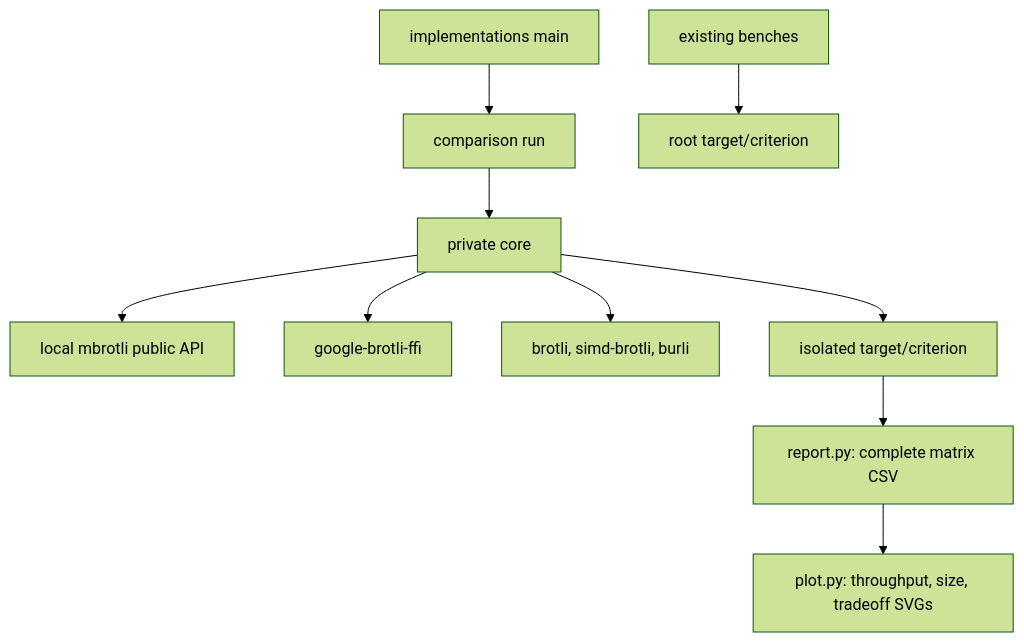
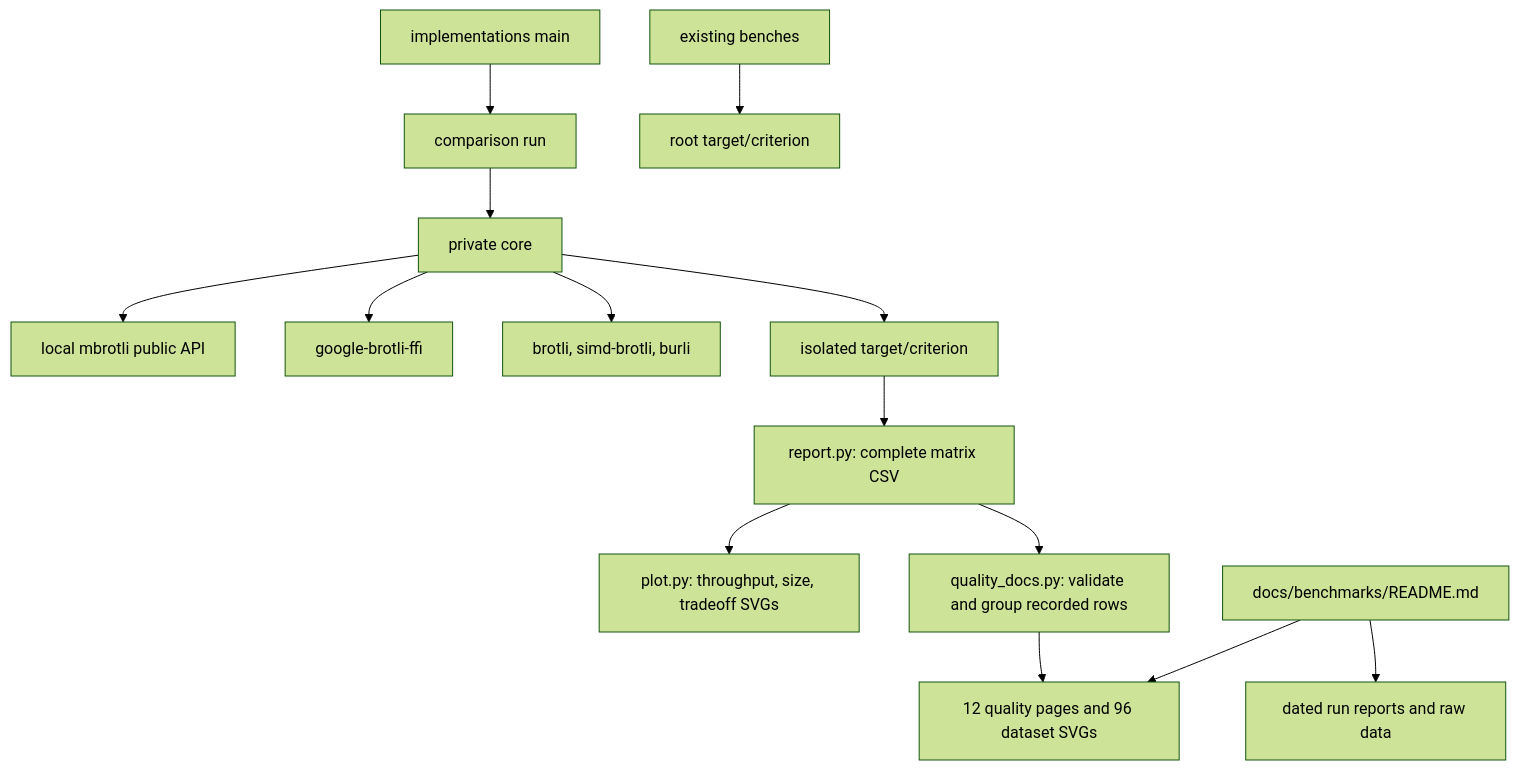
The first of 2 diagrams in architecture/benchmark-comparison.md (Mnwa/mbrotli), drawn with Mermaid (forest theme) before and after one commit. The commit also changed other lines of this file and 135 other files, not shown here.

````diff
--- a/architecture/benchmark-comparison.md
+++ b/architecture/benchmark-comparison.md
@@ -11,12 +11,16 @@
 ```mermaid
 graph TD
     Bench[implementations main] --> Run[comparison run]
     Run --> Core[private core]
     Core --> API[local mbrotli public API]
     Core --> C[google-brotli-ffi]
     Core --> Competitors[brotli, simd-brotli, burli]
     Core --> Criterion[isolated target/criterion]
     Criterion --> Export[report.py: complete matrix CSV]
     Export --> Plot[plot.py: throughput, size, tradeoff SVGs]
+    Export --> QualityDocs[quality_docs.py: validate and group recorded rows]
+    QualityDocs --> Pages[12 quality pages and 96 dataset SVGs]
+    Index[docs/benchmarks/README.md] --> Pages
+    Index --> Reports[dated run reports and raw data]
     Old[existing benches] --> OldResults[root target/criterion]
 ```
````
